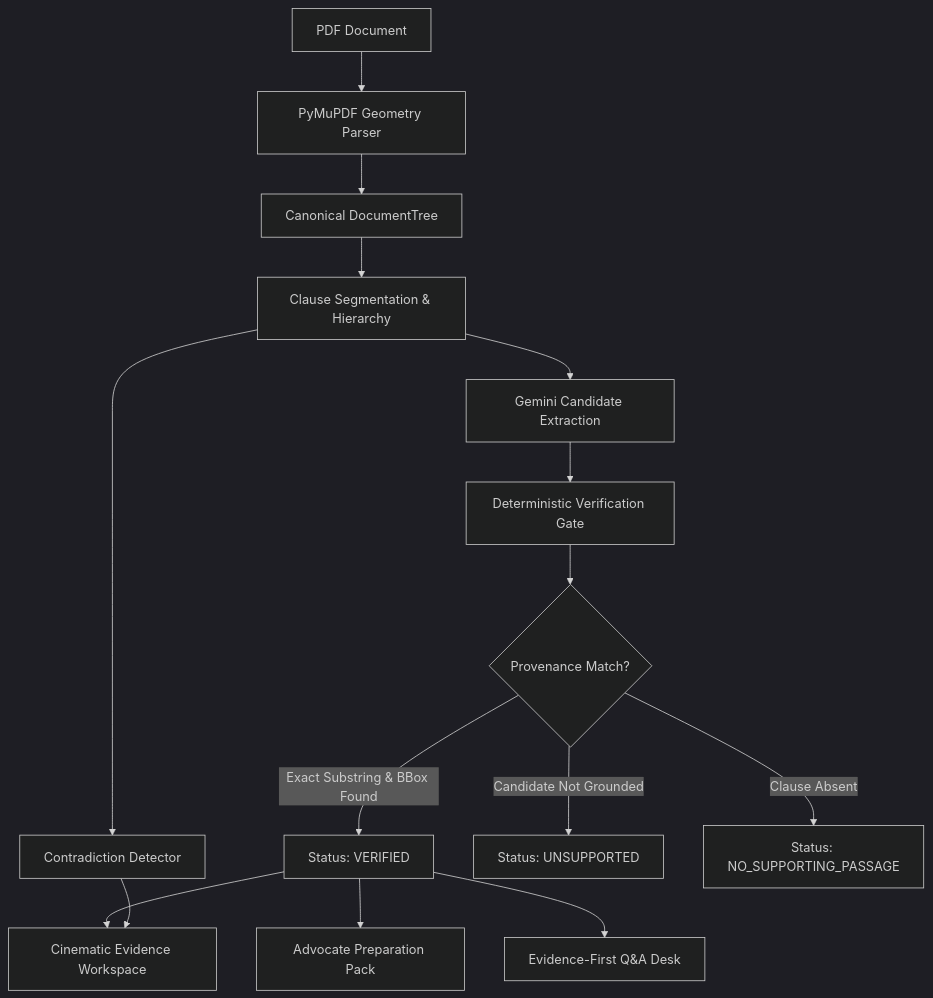
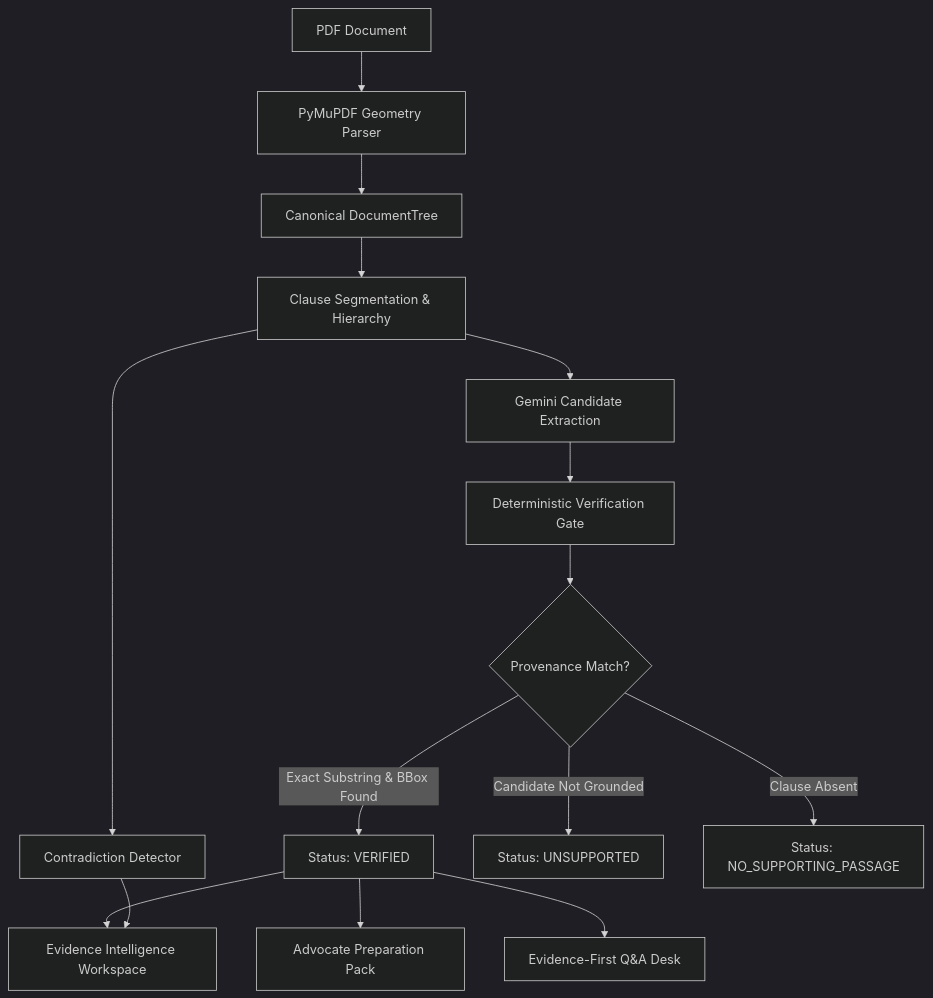
The first of 3 diagrams in README.md (HithaishiSP2004/Blindeye), drawn with Mermaid (dark theme) before and after one commit. The commit also changed other lines of this file and 1 other file, not shown here.

````diff
--- a/README.md
+++ b/README.md
@@ -106,17 +106,17 @@
 ```mermaid
 flowchart TD
     A[PDF Document] --> B[PyMuPDF Geometry Parser]
     B --> C[Canonical DocumentTree]
     C --> D[Clause Segmentation & Hierarchy]
     D --> E[Gemini Candidate Extraction]
     D --> F[Contradiction Detector]
     E --> G[Deterministic Verification Gate]
     G --> H{Provenance Match?}
     H -- Exact Substring & BBox Found --> I[Status: VERIFIED]
     H -- Candidate Not Grounded --> J[Status: UNSUPPORTED]
     H -- Clause Absent --> K[Status: NO_SUPPORTING_PASSAGE]
-    I --> L[Cinematic Evidence Workspace]
+    I --> L[Evidence Intelligence Workspace]
     I --> M[Advocate Preparation Pack]
     I --> N[Evidence-First Q&A Desk]
     F --> L
 ```
````
